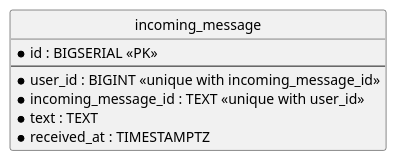
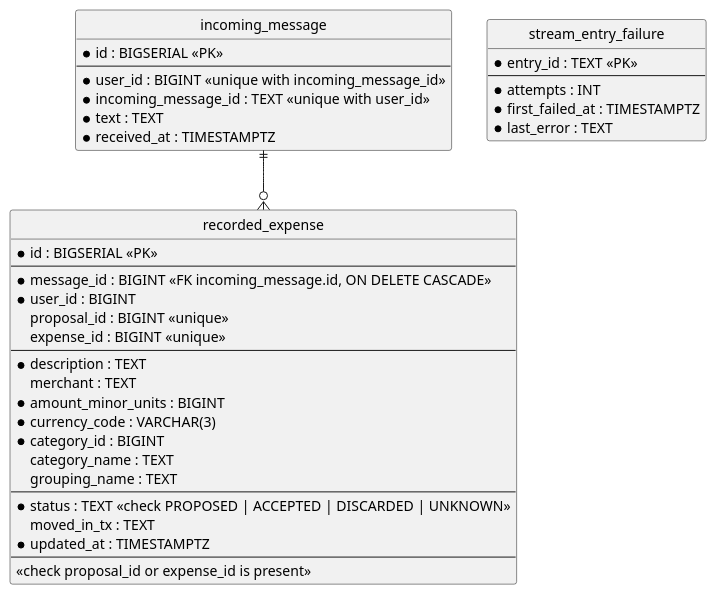
The diagram in ai-connector-service/docs/contracts/out/database.md (ds-usova/finance-bot), drawn with PlantUML before and after one commit. The commit also changed other lines of this file and 17 other files, not shown here.

````diff
--- a/ai-connector-service/docs/contracts/out/database.md
+++ b/ai-connector-service/docs/contracts/out/database.md
@@ -13,15 +13,48 @@
 ```plantuml
 @startuml finance-ai-schema
 hide circle
 skinparam linetype ortho
 
 entity "incoming_message" as incoming_message {
   * id : BIGSERIAL <<PK>>
   --
   * user_id : BIGINT <<unique with incoming_message_id>>
   * incoming_message_id : TEXT <<unique with user_id>>
   * text : TEXT
   * received_at : TIMESTAMPTZ
 }
+
+entity "recorded_expense" as recorded_expense {
+  * id : BIGSERIAL <<PK>>
+  --
+  * message_id : BIGINT <<FK incoming_message.id, ON DELETE CASCADE>>
+  * user_id : BIGINT
+  proposal_id : BIGINT <<unique>>
+  expense_id : BIGINT <<unique>>
+  --
+  * description : TEXT
+  merchant : TEXT
+  * amount_minor_units : BIGINT
+  * currency_code : VARCHAR(3)
+  * category_id : BIGINT
+  category_name : TEXT
+  grouping_name : TEXT
+  --
+  * status : TEXT <<check PROPOSED | ACCEPTED | DISCARDED | UNKNOWN>>
+  moved_in_tx : TEXT
+  * updated_at : TIMESTAMPTZ
+  --
+  <<check proposal_id or expense_id is present>>
+}
+
+entity "stream_entry_failure" as stream_entry_failure {
+  * entry_id : TEXT <<PK>>
+  --
+  * attempts : INT
+  * first_failed_at : TIMESTAMPTZ
+  * last_error : TEXT
+}
+
+incoming_message ||--o{ recorded_expense
 @enduml
 ```
````
